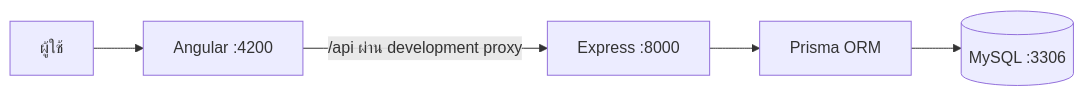
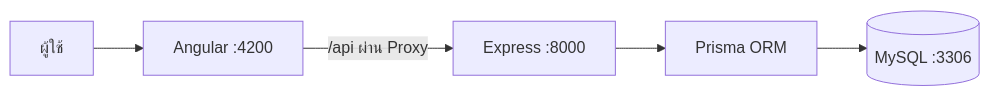
One commit to Luxia001/rich_testing changed the diagram in README.md. Above: the diagram before and after it, drawn with Mermaid. The commit also changed other lines of this file and 1 other file, not shown here.

````diff
--- a/README.md
+++ b/README.md
@@ -15,7 +15,7 @@
 ```mermaid
 flowchart LR
     U[ผู้ใช้] --> FE[Angular :4200]
-    FE -->|/api ผ่าน development proxy| BE[Express :8000]
+    FE -->|/api ผ่าน Proxy| BE[Express :8000]
     BE --> P[Prisma ORM]
     P --> DB[(MySQL :3306)]
 ```
````
